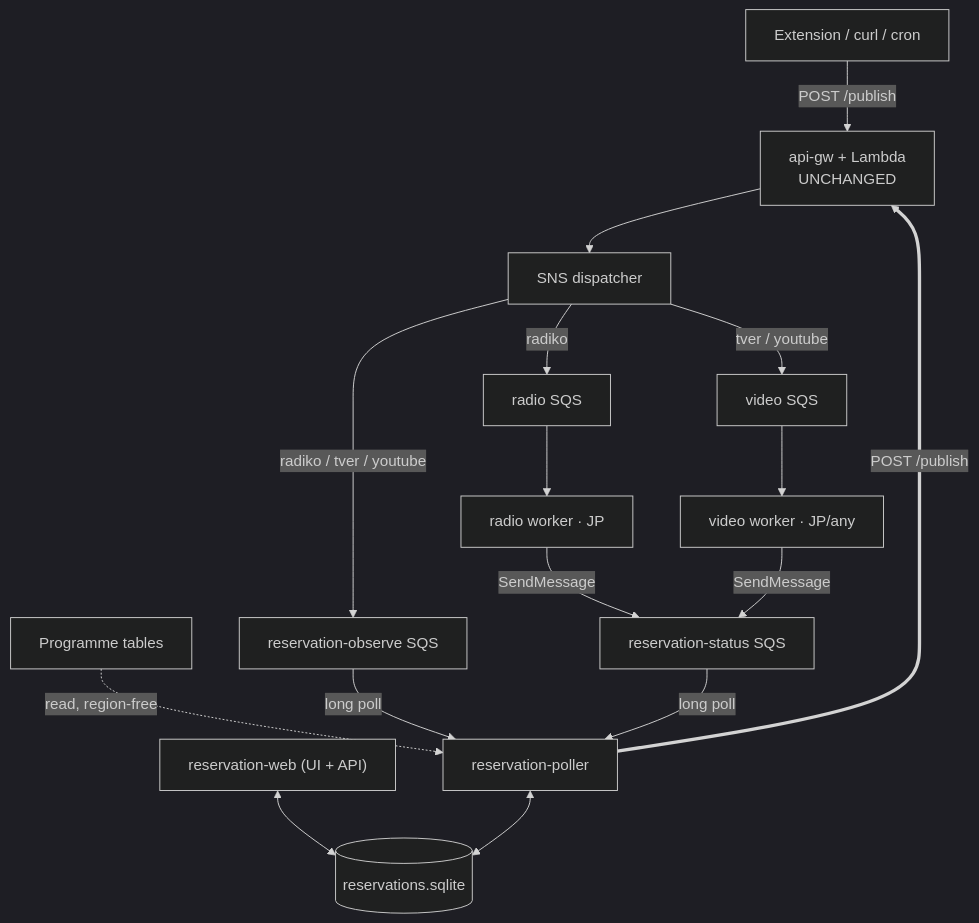
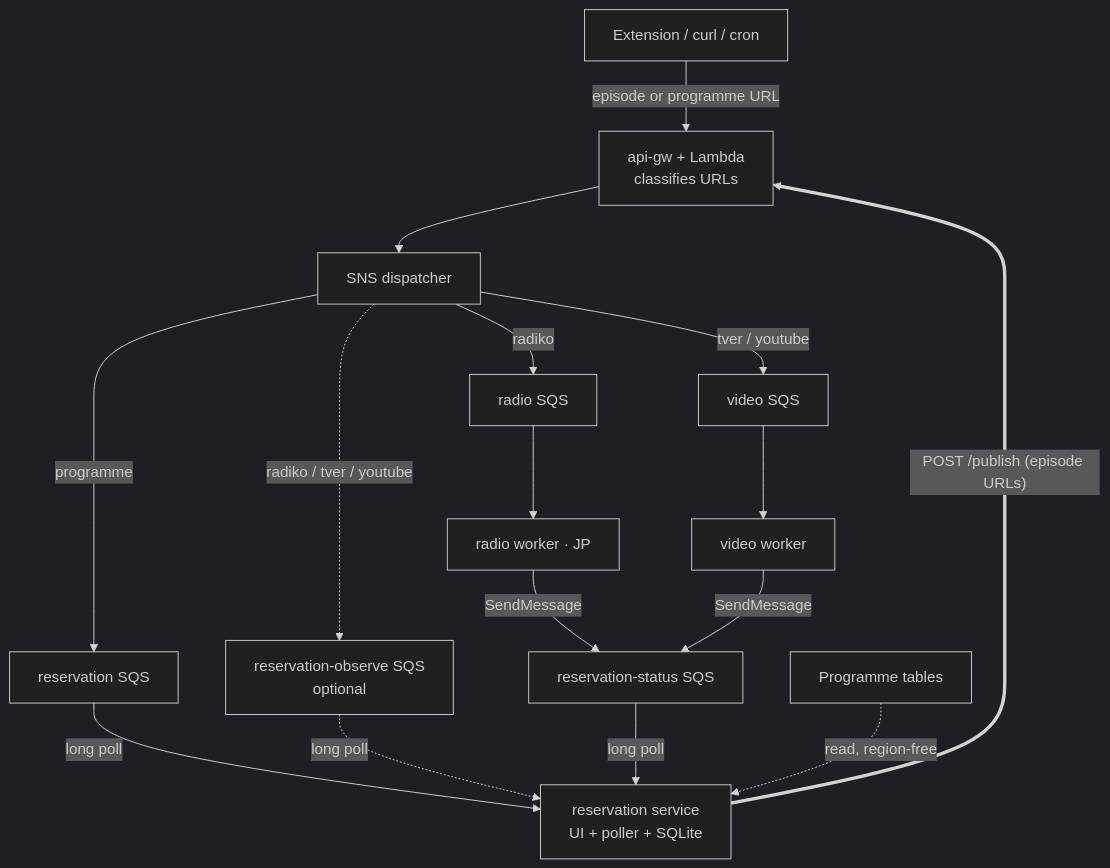
Before and after one commit to khirata/media-downloader: the diagram in docs/RESERVATION_DESIGN.md, drawn with Mermaid (dark theme). The commit also changed other lines of this file, not shown here.

First line of the commit message:
docs: model episode and programme as two request types

````diff
--- a/docs/RESERVATION_DESIGN.md
+++ b/docs/RESERVATION_DESIGN.md
@@ -422,31 +468,30 @@
 ```mermaid
 graph TD
     EXT["Extension / curl / cron"]
-    WEB["reservation-web (UI + API)"]
-    POLL["reservation-poller"]
-    DB[("reservations.sqlite")]
-    API["api-gw + Lambda<br/>UNCHANGED"]
+    RES["reservation service<br/>UI + poller + SQLite"]
+    API["api-gw + Lambda<br/>classifies URLs"]
     SNS["SNS dispatcher"]
     QR["radio SQS"]
     QV["video SQS"]
-    QO["reservation-observe SQS"]
+    QP["reservation SQS"]
+    QO["reservation-observe SQS<br/>optional"]
     QS["reservation-status SQS"]
     W1["radio worker · JP"]
-    W2["video worker · JP/any"]
+    W2["video worker"]
     CAT["Programme tables"]
 
-    EXT -->|"POST /publish"| API
-    WEB <--> DB
-    POLL <--> DB
-    CAT -.->|"read, region-free"| POLL
-    POLL ==>|"POST /publish"| API
+    EXT -->|"episode or programme URL"| API
     API --> SNS
     SNS -->|"radiko"| QR
     SNS -->|"tver / youtube"| QV
-    SNS -->|"radiko / tver / youtube"| QO
+    SNS -->|"programme"| QP
+    SNS -.->|"radiko / tver / youtube"| QO
     QR --> W1
     QV --> W2
+    QP -->|"long poll"| RES
+    QO -.->|"long poll"| RES
     W1 & W2 -->|"SendMessage"| QS
-    QO -->|"long poll"| POLL
-    QS -->|"long poll"| POLL
+    QS -->|"long poll"| RES
+    CAT -.->|"read, region-free"| RES
+    RES ==>|"POST /publish (episode URLs)"| API
 ```
````
